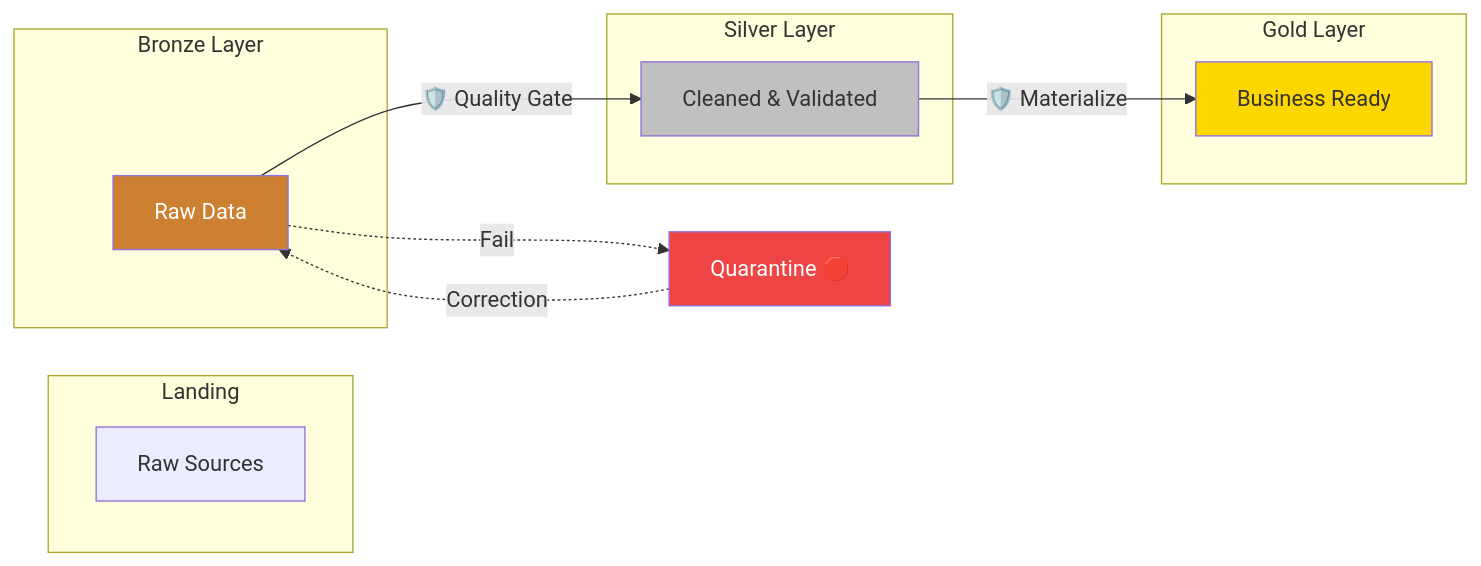
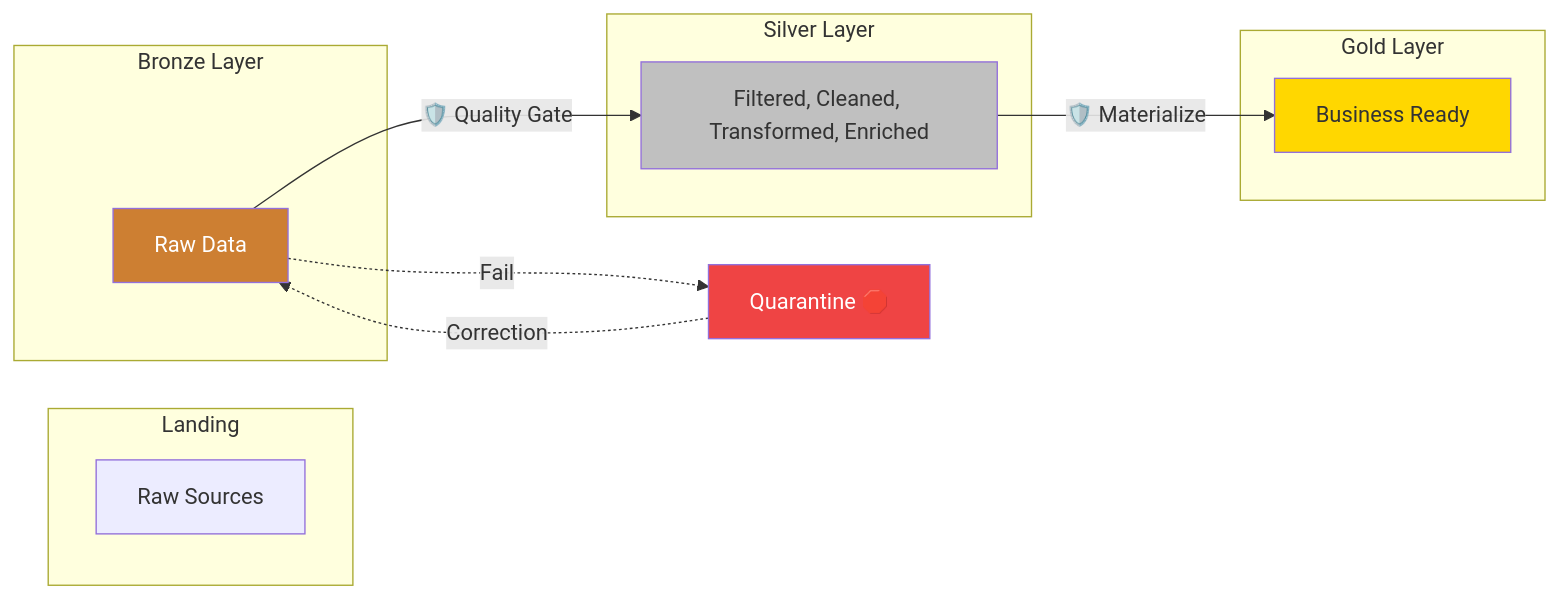
One commit to LakeLogic/LakeLogic changed the diagram in docs/concepts.md. Above: the diagram before and after it, drawn with Mermaid. The commit also changed other lines of this file and 40 other files, not shown here.

````diff
--- a/docs/concepts.md
+++ b/docs/concepts.md
@@ -5,29 +5,29 @@
 ```mermaid
 graph LR
     subgraph "Landing"
         A[Raw Sources]
     end
 
     subgraph "Bronze Layer"
         B[Raw Data]
     end
 
     subgraph "Silver Layer"
-        C[Cleaned & Validated]
+        C[Filtered, Cleaned, Transformed, Enriched]
     end
 
     subgraph "Gold Layer"
         D[Business Ready]
     end
 
     B -->|🛡️ Quality Gate| C
     C -->|🛡️ Materialize| D
     
     B -.->|Fail| Q[Quarantine 🛑]
     Q -.->|Correction| B
     
     style B fill:#cd7f32,color:#fff
     style C fill:#c0c0c0,color:#333
     style D fill:#ffd700,color:#333
     style Q fill:#ef4444,color:#fff
 ```
````
